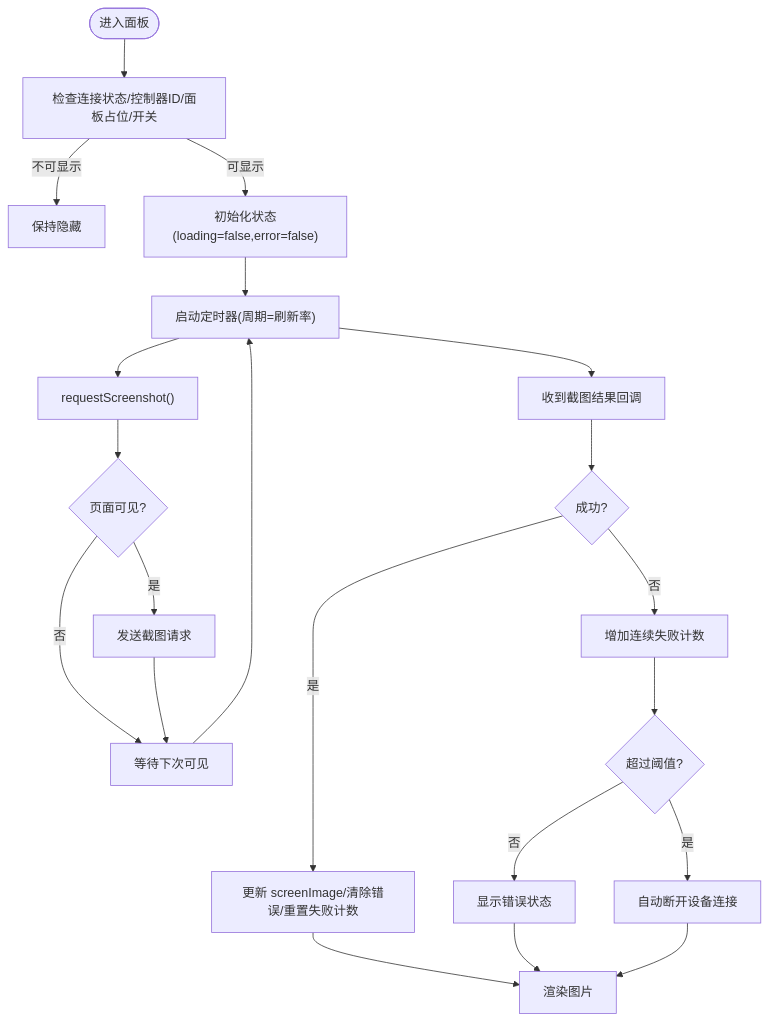
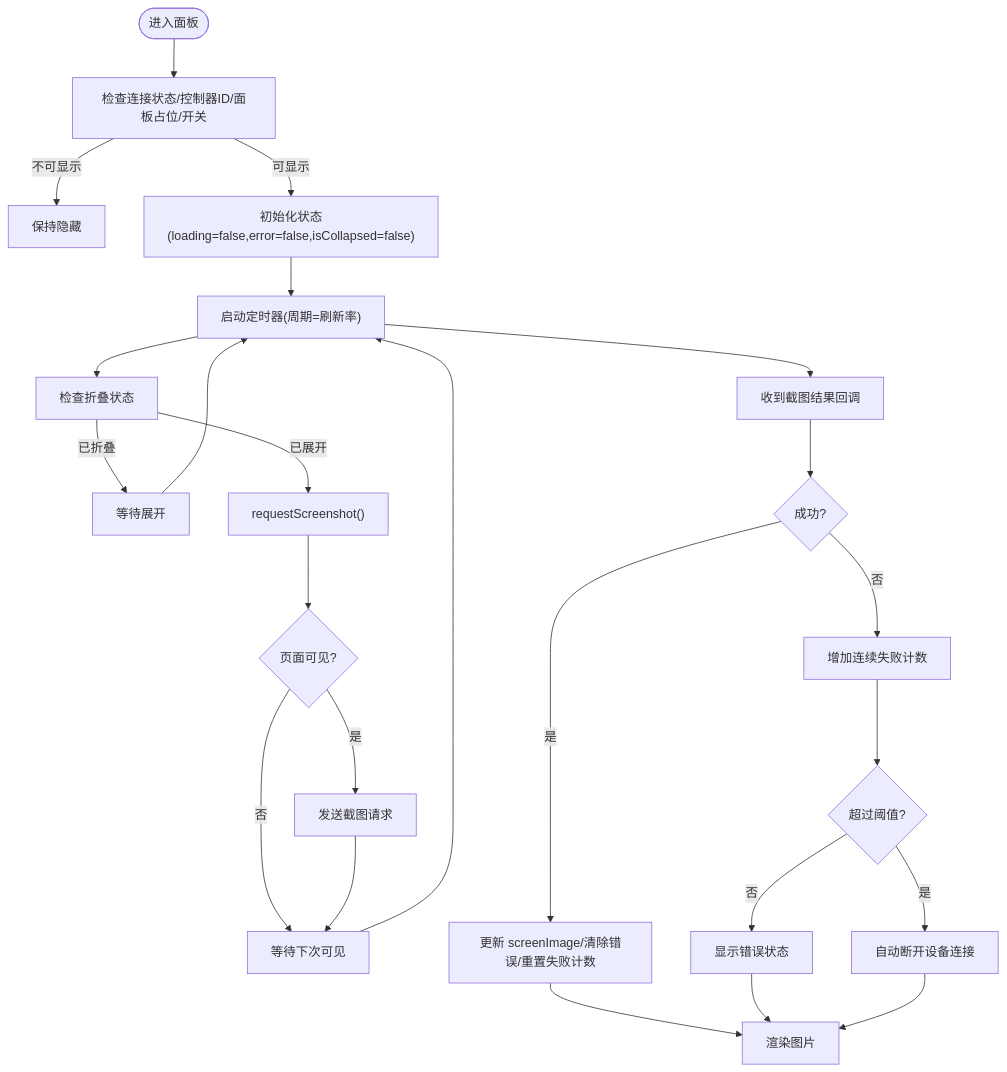
Before and after one commit to kqcoxn/MaaPipelineEditor: the third of 7 diagrams in .qoder/repowiki/zh/content/面板与组件/主要面板/实时屏幕面板.md, drawn with Mermaid. The commit also changed other lines of this file and 42 other files, not shown here.

````diff
--- a/.qoder/repowiki/zh/content/面板与组件/主要面板/实时屏幕面板.md
+++ b/.qoder/repowiki/zh/content/面板与组件/主要面板/实时屏幕面板.md
@@ -187,23 +187,26 @@
 ```mermaid
 flowchart TD
 Start(["进入面板"]) --> CheckConn["检查连接状态/控制器ID/面板占位/开关"]
 CheckConn --> |不可显示| Idle["保持隐藏"]
-CheckConn --> |可显示| Init["初始化状态(loading=false,error=false)"]
+CheckConn --> |可显示| Init["初始化状态(loading=false,error=false,isCollapsed=false)"]
 Init --> Timer["启动定时器(周期=刷新率)"]
-Timer --> Request["requestScreenshot()"]
+Timer --> CheckFold["检查折叠状态"]
+CheckFold --> |已折叠| FoldWait["等待展开"]
+CheckFold --> |已展开| Request["requestScreenshot()"]
 Request --> Visible{"页面可见?"}
 Visible --> |否| Wait["等待下次可见"]
 Visible --> |是| Send["发送截图请求"]
 Send --> Wait
+FoldWait --> Timer
 Wait --> Timer
 Timer --> Result["收到截图结果回调"]
 Result --> Success{"成功?"}
 Success --> |是| UpdateImg["更新 screenImage/清除错误/重置失败计数"]
 Success --> |否| IncFail["增加连续失败计数"]
 IncFail --> Threshold{"超过阈值?"}
 Threshold --> |是| AutoDisconnect["自动断开设备连接"]
 Threshold --> |否| ShowError["显示错误状态"]
 UpdateImg --> Render["渲染图片"]
 ShowError --> Render
 AutoDisconnect --> Render
 ```
````
